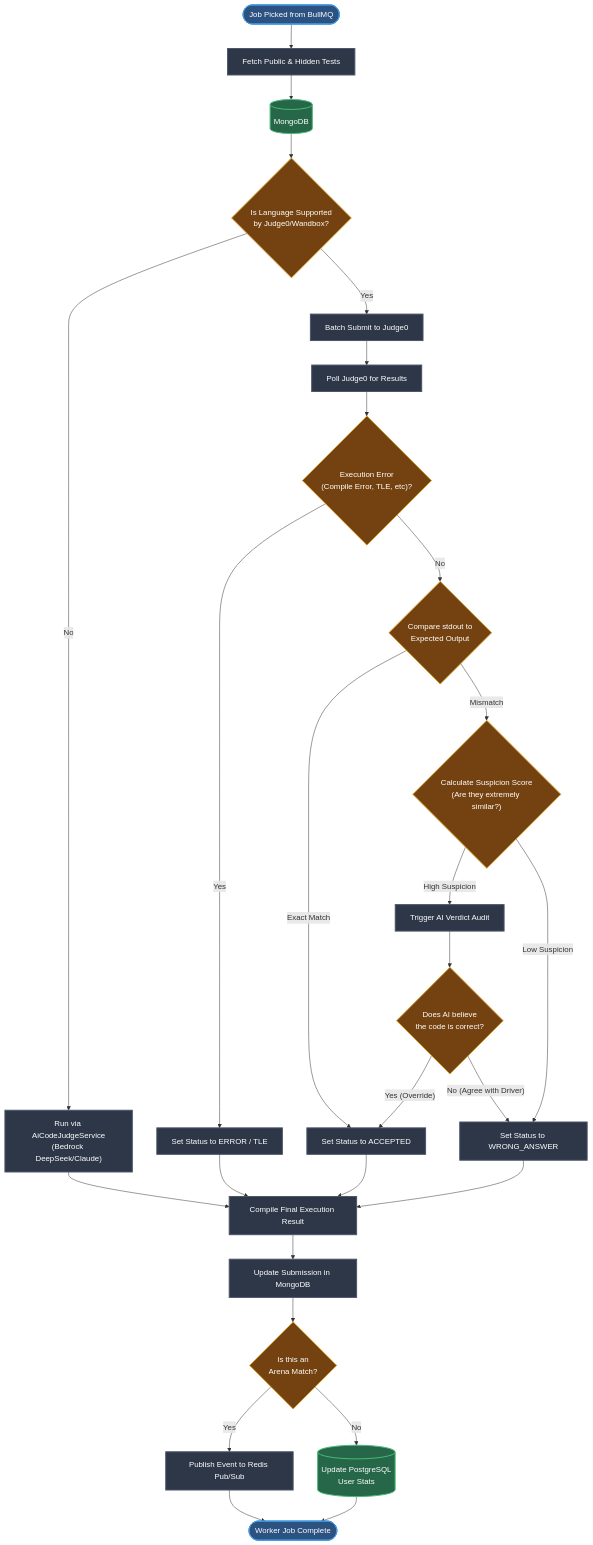
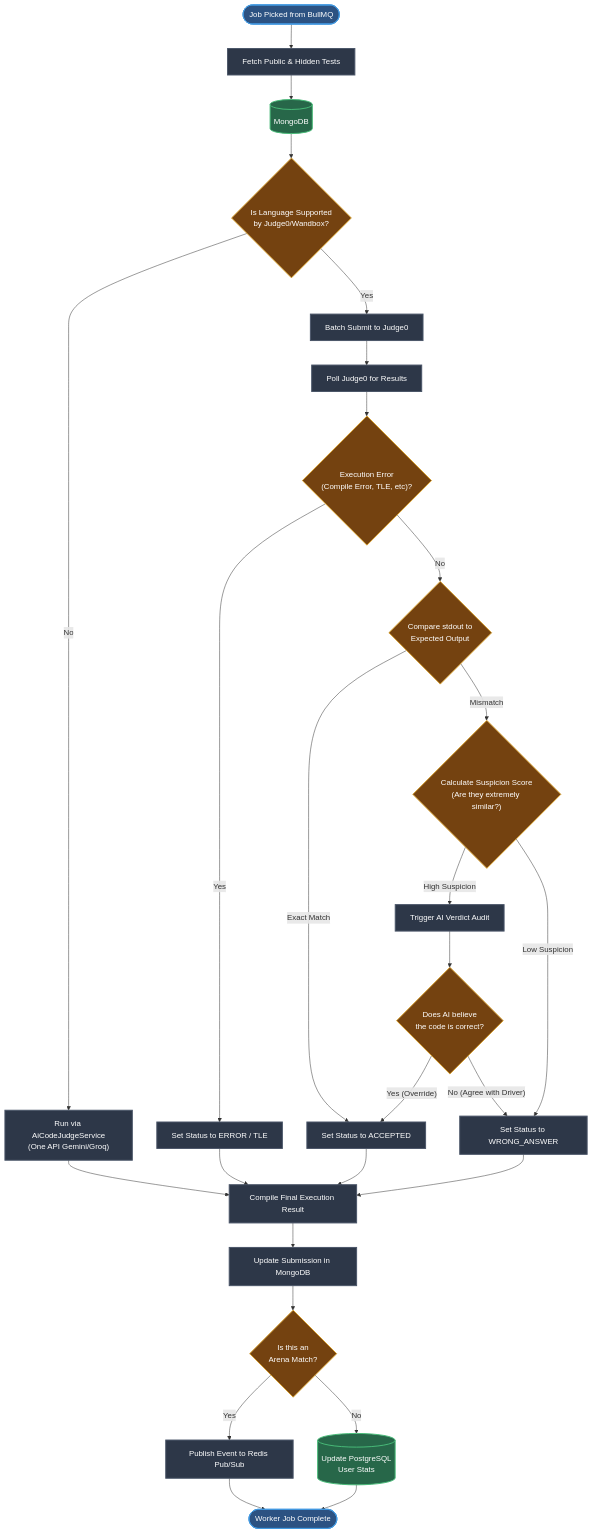
The first of 2 diagrams in activity_diagram.md (phero20/coding_arena), drawn with Mermaid before and after one commit. The commit also changed 28 other files, not shown here.

````diff
--- a/activity_diagram.md
+++ b/activity_diagram.md
@@ -13,54 +13,54 @@
 ```mermaid
 flowchart TD
     %% Styling
     classDef startEnd fill:#2c5282,stroke:#4299e1,stroke-width:2px,color:#fff,rx:20px;
     classDef process fill:#2d3748,stroke:#4a5568,stroke-width:2px,color:#fff;
     classDef decision fill:#744210,stroke:#d69e2e,stroke-width:2px,color:#fff;
     classDef db fill:#276749,stroke:#48bb78,stroke-width:2px,color:#fff;
 
     Start(["Job Picked from BullMQ"]):::startEnd --> FetchTests["Fetch Public & Hidden Tests"]:::process
     FetchTests --> FetchMongo[("MongoDB")]:::db
     
     FetchMongo --> LangCheck{"Is Language Supported\nby Judge0/Wandbox?"}:::decision
     
     %% AI Code Judge Path
-    LangCheck -- No --> RunAIJudge["Run via AiCodeJudgeService\n(Bedrock DeepSeek/Claude)"]:::process
+    LangCheck -- No --> RunAIJudge["Run via AiCodeJudgeService\n(One API Gemini/Groq)"]:::process
     RunAIJudge --> SaveResult
     
     %% Standard Execution Path
     LangCheck -- Yes --> BatchRun["Batch Submit to Judge0"]:::process
     BatchRun --> Poll["Poll Judge0 for Results"]:::process
     
     Poll --> ExecStatusCheck{"Execution Error\n(Compile Error, TLE, etc)?"}:::decision
     
     ExecStatusCheck -- Yes --> SetError["Set Status to ERROR / TLE"]:::process
     SetError --> SaveResult
     
     ExecStatusCheck -- No --> CheckOutput{"Compare stdout to\nExpected Output"}:::decision
     
     CheckOutput -- Exact Match --> SetAccepted["Set Status to ACCEPTED"]:::process
     SetAccepted --> SaveResult
     
     CheckOutput -- Mismatch --> SuspicionCheck{"Calculate Suspicion Score\n(Are they extremely similar?)"}:::decision
     
     %% AI Audit Trigger
     SuspicionCheck -- High Suspicion --> AIAudit["Trigger AI Verdict Audit"]:::process
     SuspicionCheck -- Low Suspicion --> SetWA["Set Status to WRONG_ANSWER"]:::process
     SetWA --> SaveResult
     
     AIAudit --> AIAgreeCheck{"Does AI believe\nthe code is correct?"}:::decision
     
     AIAgreeCheck -- Yes (Override) --> SetAccepted
     AIAgreeCheck -- No (Agree with Driver) --> SetWA
     
     %% Finalization
     SaveResult["Compile Final Execution Result"]:::process --> UpdateDB["Update Submission in MongoDB"]:::process
     UpdateDB --> ArenaCheck{"Is this an\nArena Match?"}:::decision
     
     %% Parallel Finalization
     ArenaCheck -- Yes --> PubRedis["Publish Event to Redis Pub/Sub"]:::process
     ArenaCheck -- No --> UpdatePG[("Update PostgreSQL\nUser Stats")]:::db
     
     PubRedis --> End(["Worker Job Complete"]):::startEnd
     UpdatePG --> End
 ```
````
